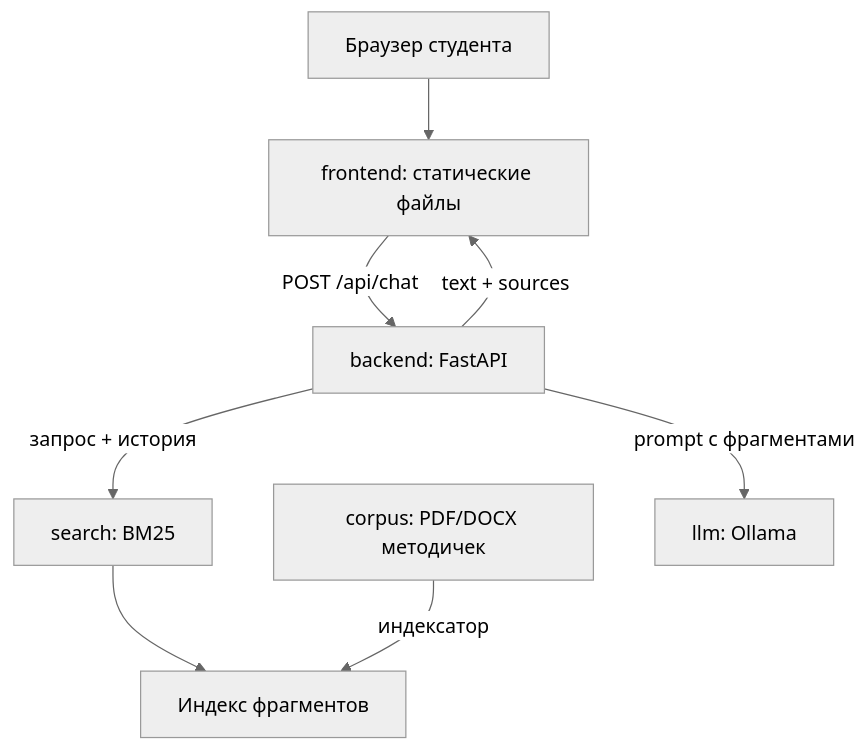
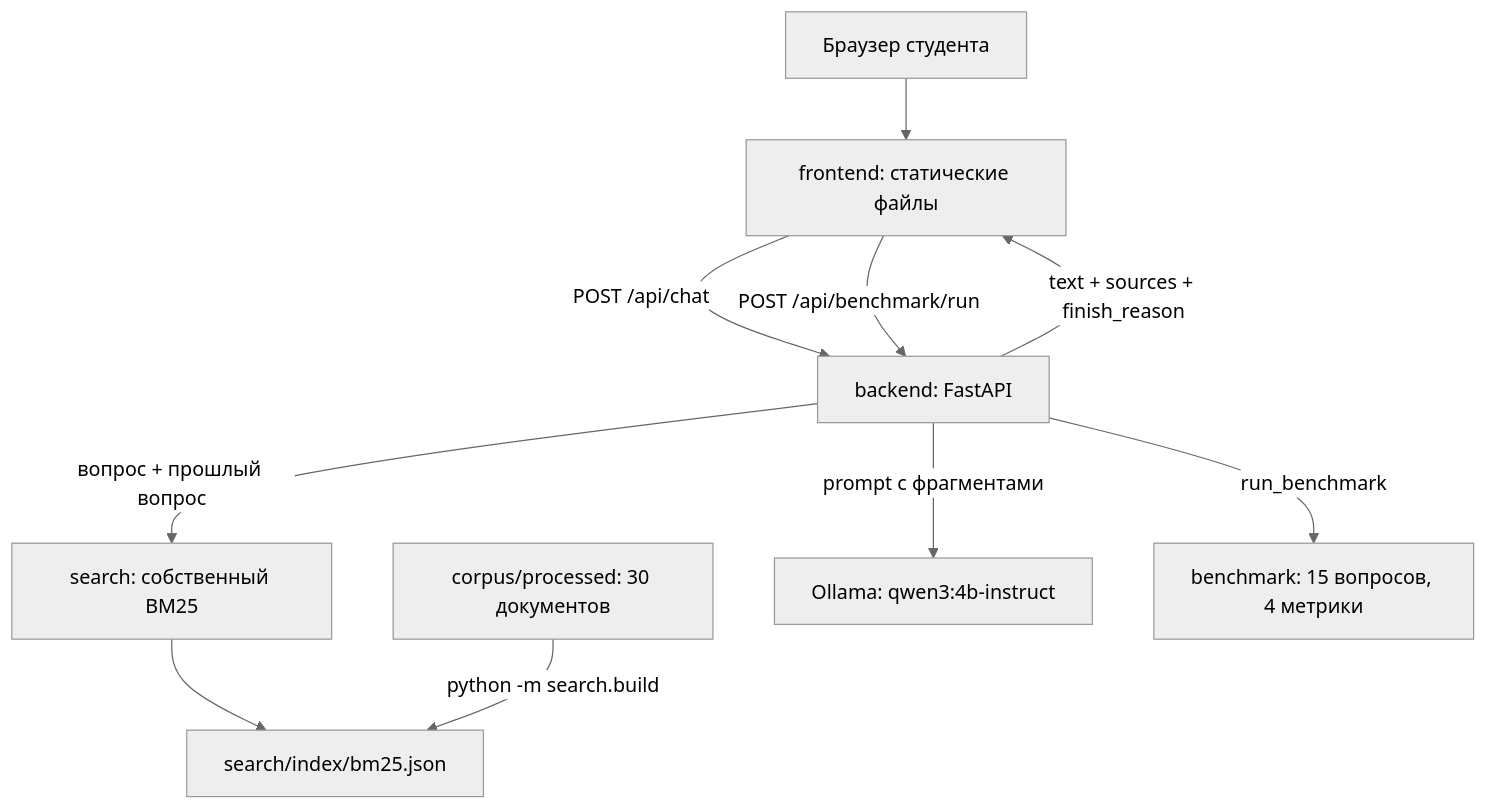
Before and after one commit to Dovletov-Seyran/R-D-RAG-system: the diagram in spec/tech/architecture.md, drawn with Mermaid (neutral theme). The commit also changed other lines of this file and 23 other files, not shown here.

````diff
--- a/spec/tech/architecture.md
+++ b/spec/tech/architecture.md
@@ -9,10 +9,12 @@
 ```mermaid
 flowchart TD
     U["Браузер студента"] --> F["frontend: статические файлы"]
     F -->|POST /api/chat| B["backend: FastAPI"]
-    B -->|запрос + история| S["search: BM25"]
-    S --> I["Индекс фрагментов"]
-    C["corpus: PDF/DOCX методичек"] -->|индексатор| I
-    B -->|prompt с фрагментами| L["llm: Ollama"]
-    B -->|text + sources| F
+    F -->|POST /api/benchmark/run| B
+    B -->|вопрос + прошлый вопрос| S["search: собственный BM25"]
+    S --> I["search/index/bm25.json"]
+    C["corpus/processed: 30 документов"] -->|python -m search.build| I
+    B -->|prompt с фрагментами| L["Ollama: qwen3:4b-instruct"]
+    B -->|run_benchmark| R["benchmark: 15 вопросов, 4 метрики"]
+    B -->|text + sources + finish_reason| F
 ```
````
